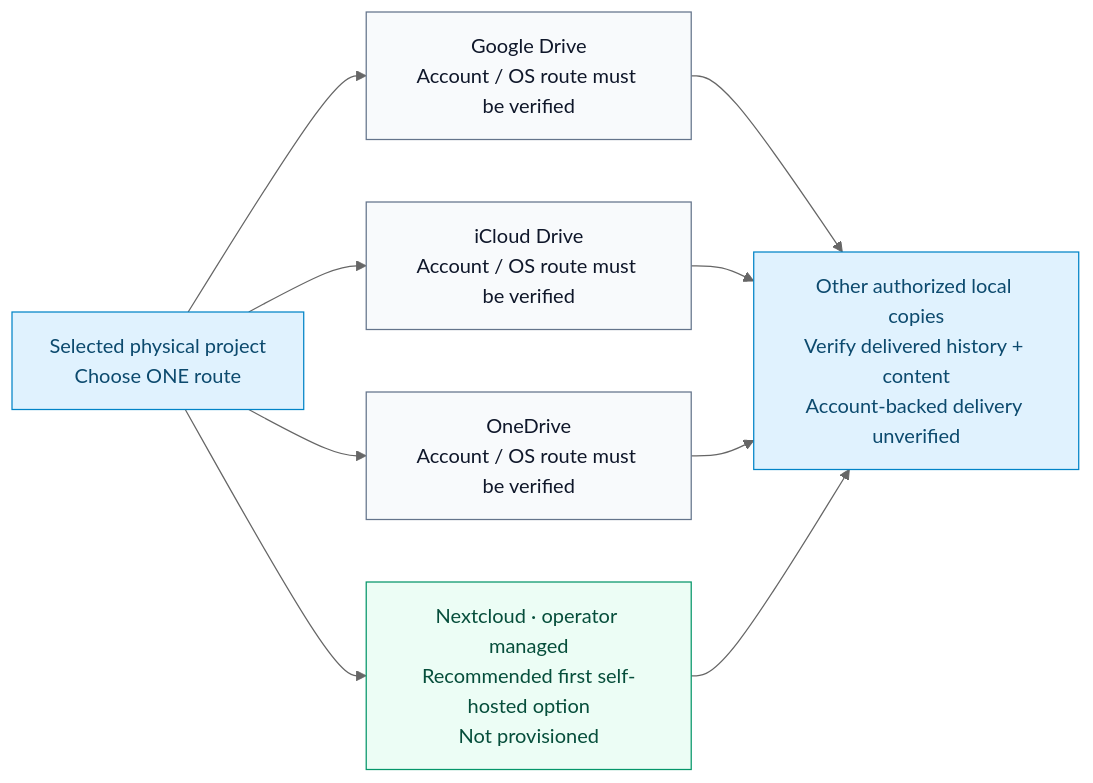
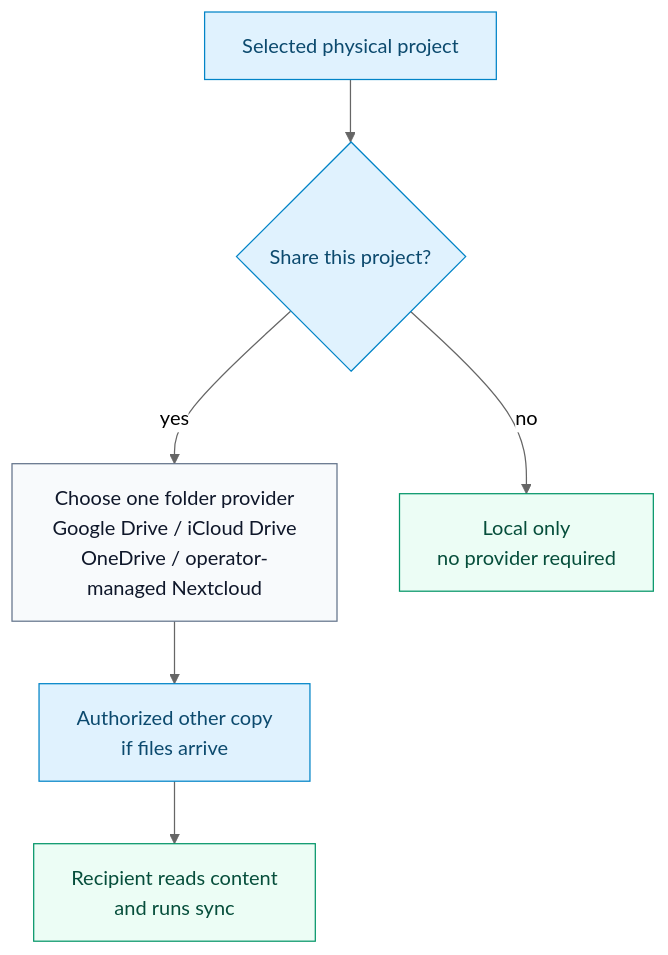
One commit to Kian-hdr/isolinear-memory changed the fifth of 5 diagrams in docs/DIAGRAMS.md. Above: the diagram before and after it, drawn with Mermaid (neutral theme). The commit also changed other lines of this file and 12 other files, not shown here.

First line of the commit message:
Refresh Isolinear Memory README and system diagrams

````diff
--- a/docs/DIAGRAMS.md
+++ b/docs/DIAGRAMS.md
@@ -146,19 +225,16 @@
 ```mermaid
-flowchart LR
-  accTitle: Choose one provider route for each physical project
-  accDescr: Google Drive, iCloud Drive, OneDrive and operator-managed Nextcloud are alternative routes, not interconnected bridges. Nextcloud is the recommended first self-hosted option, not provisioned. Account-backed Shared Memory delivery is unverified for these routes.
-  P["Selected physical project<br/>Choose ONE route"] --> G["Google Drive<br/>Account / OS route must be verified"]
-  P --> I["iCloud Drive<br/>Account / OS route must be verified"]
-  P --> O["OneDrive<br/>Account / OS route must be verified"]
-  P --> N["Nextcloud · operator managed<br/>Recommended first self-hosted option<br/>Not provisioned"]
-  G --> D["Other authorized local copies<br/>Verify delivered history + content<br/>Account-backed delivery unverified"]
-  I --> D
-  O --> D
-  N --> D
+flowchart TB
+  accTitle: Local-only use or one provider per physical project
+  accDescr: Isolinear Memory works in a local Markdown folder. To share a project, choose one configured provider for that physical folder. Google Drive, iCloud Drive, OneDrive and operator-managed Nextcloud are alternatives, not bridges. Verify files and history on each recipient device.
+  P["Selected physical project"] --> C{"Share this project?"}
+  C -->|"yes"| S["Choose one folder provider<br/>Google Drive / iCloud Drive<br/>OneDrive / operator-managed Nextcloud"]
+  C -->|"no"| L["Local only<br/>no provider required"]
+  S --> D["Authorized other copy<br/>if files arrive"]
+  D --> V["Recipient reads content<br/>and runs sync"]
   classDef state fill:#e0f2fe,stroke:#0284c7,color:#0c4a6e;
-  classDef route fill:#f8fafc,stroke:#64748b,color:#0f172a;
-  classDef selfhost fill:#ecfdf5,stroke:#059669,color:#064e3b;
-  class P,D state;
-  class G,I,O route;
-  class N selfhost;
+  classDef provider fill:#f8fafc,stroke:#64748b,color:#0f172a;
+  classDef verified fill:#ecfdf5,stroke:#059669,color:#064e3b;
+  class P,C,D state;
+  class S provider;
+  class L,V verified;
 ```
````
